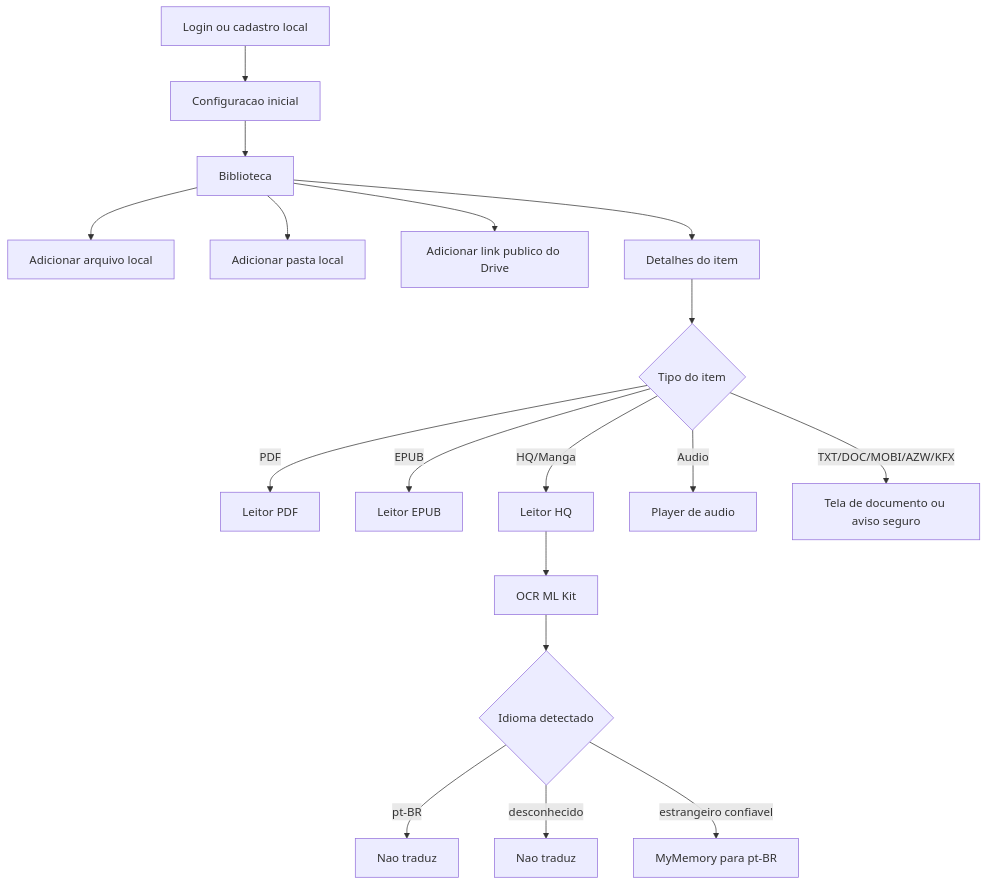
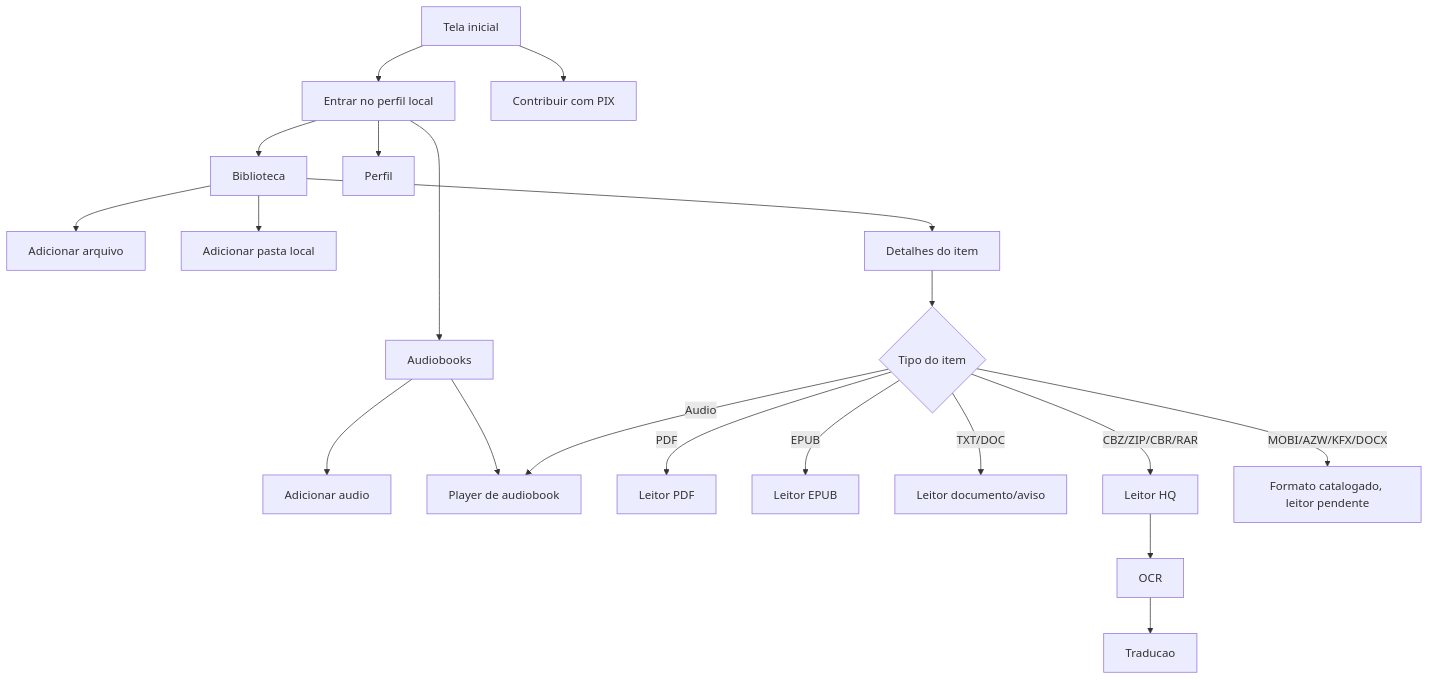
The diagram in README.md (Contagiovaneines/minha-estante), drawn with Mermaid before and after one commit. The commit also changed other lines of this file and 22 other files, not shown here.

````diff
--- a/README.md
+++ b/README.md
@@ -43,22 +72,25 @@
 ```mermaid
 flowchart TD
-    A[Login ou cadastro local] --> B[Configuracao inicial]
+    A[Tela inicial] --> B[Entrar no perfil local]
+    A --> PIX[Contribuir com PIX]
     B --> C[Biblioteca]
-    C --> D[Adicionar arquivo local]
-    C --> E[Adicionar pasta local]
-    C --> F[Adicionar link publico do Drive]
-    C --> G[Detalhes do item]
+    B --> D[Audiobooks]
+    B --> E[Perfil]
 
-    G --> H{Tipo do item}
-    H -->|PDF| I[Leitor PDF]
-    H -->|EPUB| J[Leitor EPUB]
-    H -->|HQ/Manga| K[Leitor HQ]
-    H -->|Audio| L[Player de audio]
-    H -->|TXT/DOC/MOBI/AZW/KFX| M[Tela de documento ou aviso seguro]
+    C --> F[Adicionar arquivo]
+    C --> G[Adicionar pasta local]
+    C --> H[Detalhes do item]
+    D --> I[Adicionar audio]
+    D --> J[Player de audiobook]
 
-    K --> N[OCR ML Kit]
-    N --> O{Idioma detectado}
-    O -->|pt-BR| P[Nao traduz]
-    O -->|desconhecido| Q[Nao traduz]
-    O -->|estrangeiro confiavel| R[MyMemory para pt-BR]
+    H --> K{Tipo do item}
+    K -->|PDF| L[Leitor PDF]
+    K -->|EPUB| M[Leitor EPUB]
+    K -->|TXT/DOC| N[Leitor documento/aviso]
+    K -->|CBZ/ZIP/CBR/RAR| O[Leitor HQ]
+    K -->|Audio| J
+    K -->|MOBI/AZW/KFX/DOCX| P[Formato catalogado, leitor pendente]
+
+    O --> Q[OCR]
+    Q --> R[Traducao]
 ```
````
